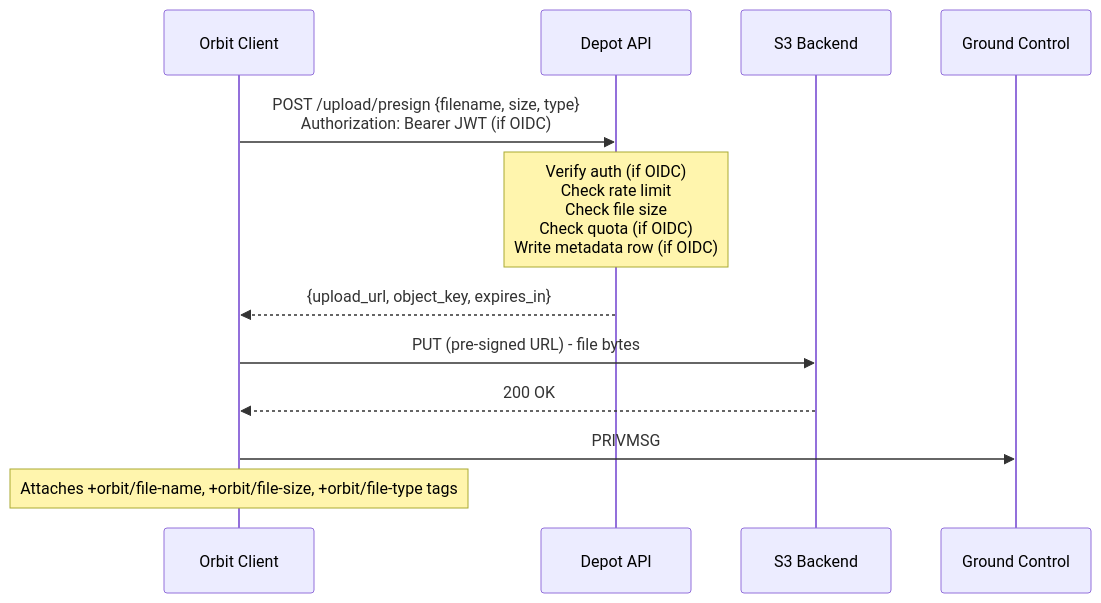
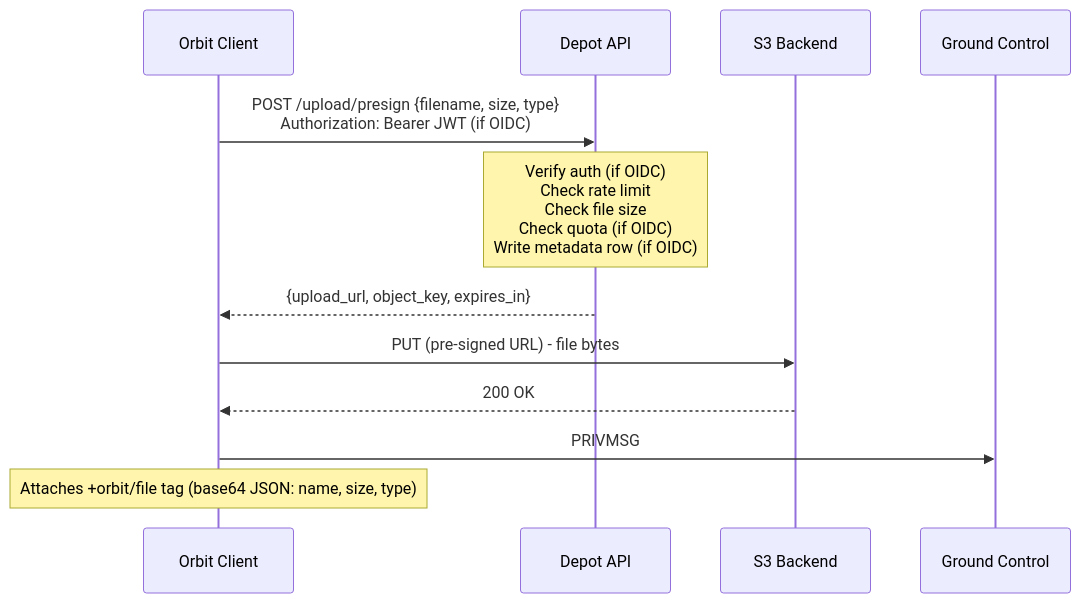
One commit to hivecom/orbit-spec changed the diagram in spec/02-components/03-depot.md. Above: the diagram before and after it, drawn with Mermaid. The commit also changed other lines of this file and 2 other files, not shown here.

First line of the commit message:
Consolidate file metadata into +orbit/file tag

````diff
--- a/spec/02-components/03-depot.md
+++ b/spec/02-components/03-depot.md
@@ -44,17 +44,17 @@
 ```mermaid
 sequenceDiagram
     participant U as Orbit Client
     participant D as Depot API
     participant S3 as S3 Backend
     participant GC as Ground Control
 
     U->>D: POST /upload/presign {filename, size, type}<br/>Authorization: Bearer JWT (if OIDC)
     Note over D: Verify auth (if OIDC)<br/>Check rate limit<br/>Check file size<br/>Check quota (if OIDC)<br/>Write metadata row (if OIDC)
     D-->>U: {upload_url, object_key, expires_in}
 
     U->>S3: PUT (pre-signed URL) - file bytes
     S3-->>U: 200 OK
 
     U->>GC: PRIVMSG #channel :https://depot.example.com/uploads/...
-    Note over U: Attaches +orbit/file-name, +orbit/file-size, +orbit/file-type tags
+    Note over U: Attaches +orbit/file tag (base64 JSON: name, size, type)
 ```
````
